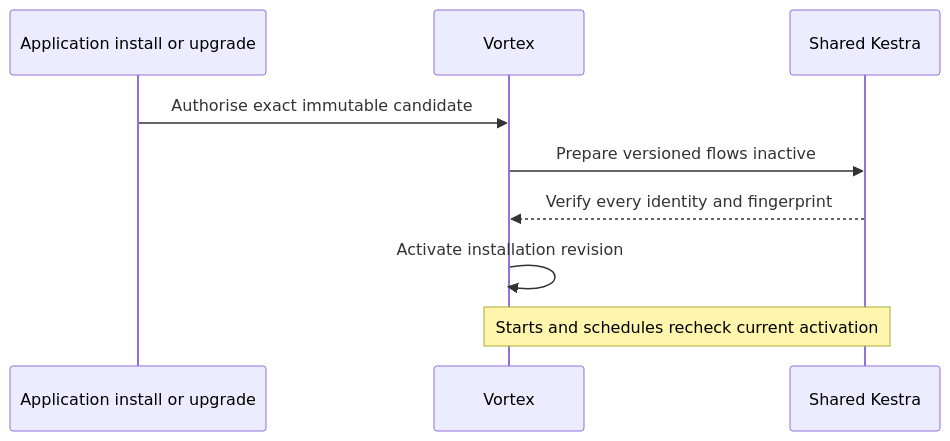
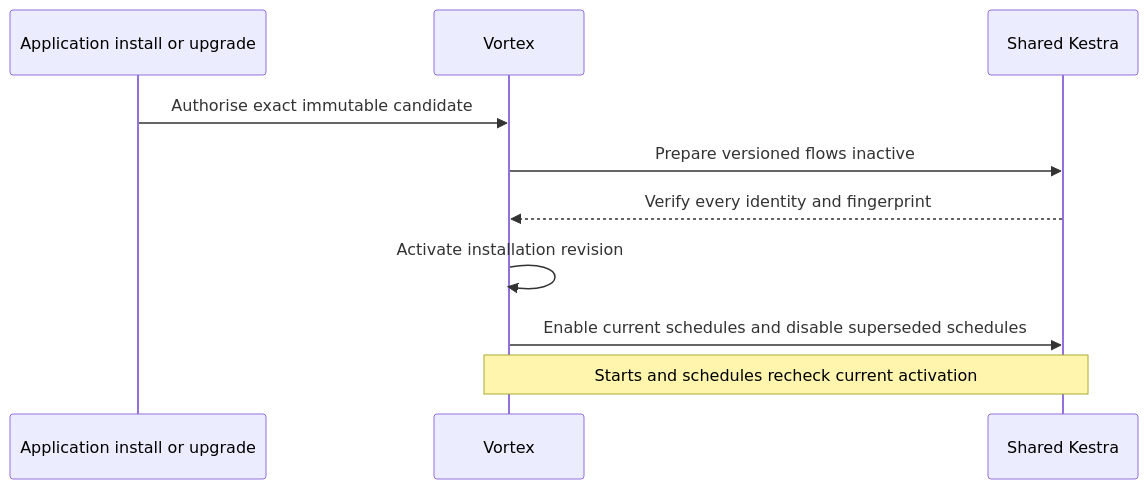
One commit to Abzum-NZ/Abzum-Vortex changed the second of 4 diagrams in docs/specification/09-workflows-and-pipelines.md. Above: the diagram before and after it, drawn with Mermaid. The commit also changed other lines of this file and 1 other file, not shown here.

````diff
--- a/docs/specification/09-workflows-and-pipelines.md
+++ b/docs/specification/09-workflows-and-pipelines.md
@@ -39,11 +39,12 @@
 ```mermaid
 sequenceDiagram
     participant Install as Application install or upgrade
     participant V as Vortex
     participant K as Shared Kestra
     Install->>V: Authorise exact immutable candidate
     V->>K: Prepare versioned flows inactive
     K-->>V: Verify every identity and fingerprint
     V->>V: Activate installation revision
+    V->>K: Enable current schedules and disable superseded schedules
     Note over V,K: Starts and schedules recheck current activation
 ```
````
